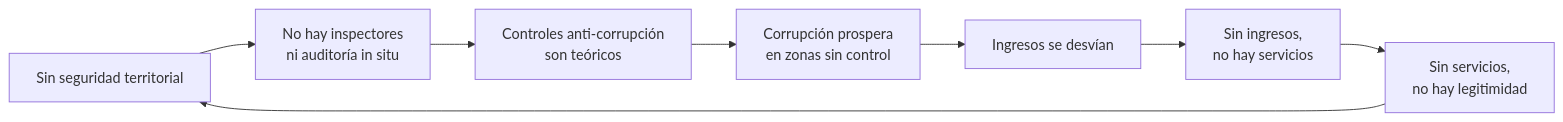
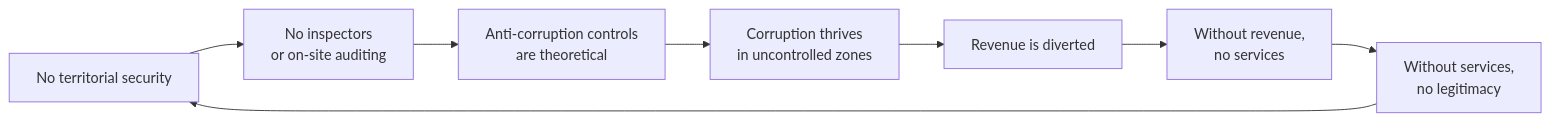
The second of 4 diagrams in i18n/en/docusaurus-plugin-content-docs/current/04-gobernanza/blindaje-integridad.md (Venezuela-S-A/venezuela-sa), drawn with Mermaid before and after one commit. The commit also changed other lines of this file and 127 other files, not shown here.

````diff
--- a/i18n/en/docusaurus-plugin-content-docs/current/04-gobernanza/blindaje-integridad.md
+++ b/i18n/en/docusaurus-plugin-content-docs/current/04-gobernanza/blindaje-integridad.md
@@ -277,10 +277,10 @@
 ```mermaid
 flowchart LR
-    A["Sin seguridad territorial"] --> B["No hay inspectores<br/>ni auditoría in situ"]
-    B --> C["Controles anti-corrupción<br/>son teóricos"]
-    C --> D["Corrupción prospera<br/>en zonas sin control"]
-    D --> E["Ingresos se desvían"]
-    E --> F["Sin ingresos,<br/>no hay servicios"]
-    F --> G["Sin servicios,<br/>no hay legitimidad"]
+    A["No territorial security"] --> B["No inspectors<br/>or on-site auditing"]
+    B --> C["Anti-corruption controls<br/>are theoretical"]
+    C --> D["Corruption thrives<br/>in uncontrolled zones"]
+    D --> E["Revenue is diverted"]
+    E --> F["Without revenue,<br/>no services"]
+    F --> G["Without services,<br/>no legitimacy"]
     G --> A
 ```
````
